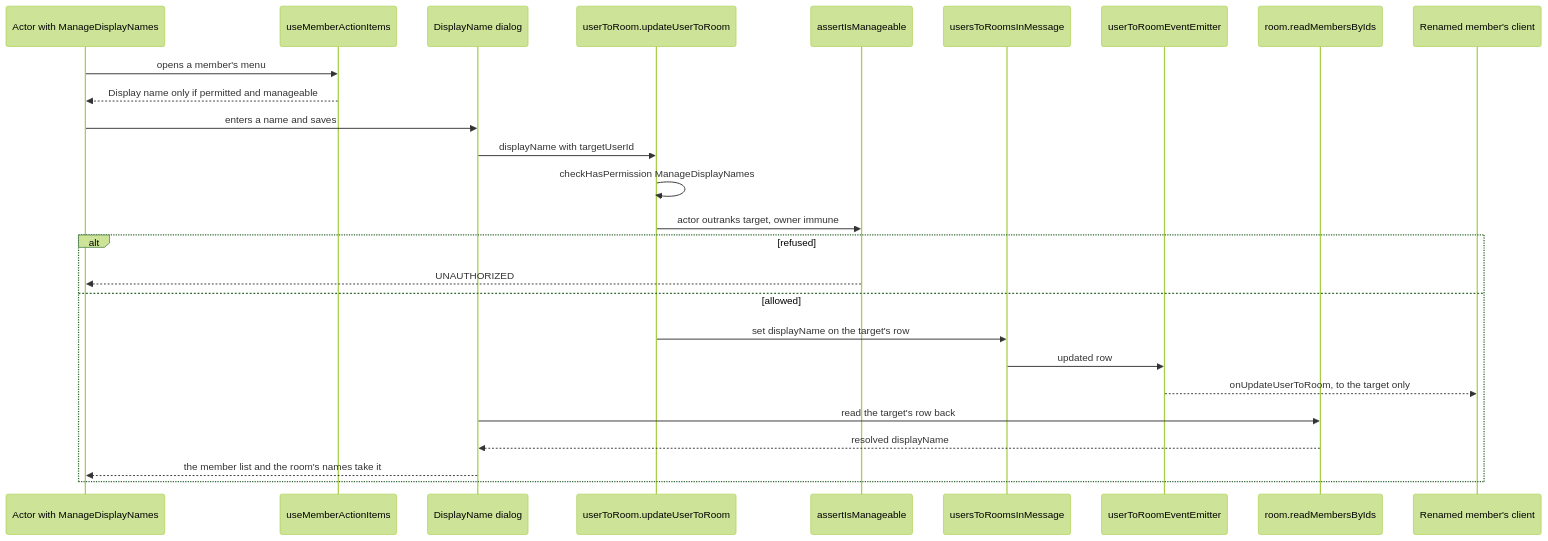
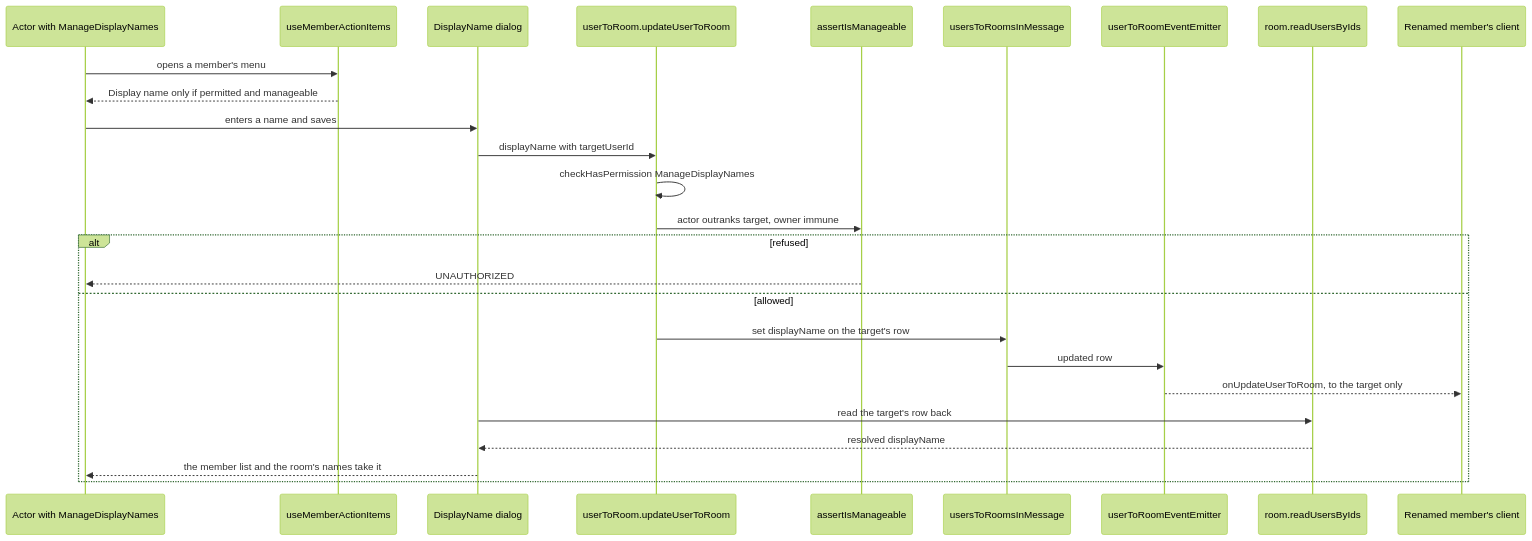
The second of 2 diagrams in openspec/specs/esbabbler/display-names/design.md (Esposter/Esposter), drawn with Mermaid (forest theme) before and after one commit. The commit also changed other lines of this file and 26 other files, not shown here.

First line of the commit message:
fix(web): readUsersByIds names every id asked for, a user who has left the room included

````diff
--- a/openspec/specs/esbabbler/display-names/design.md
+++ b/openspec/specs/esbabbler/display-names/design.md
@@ -71,28 +71,28 @@
 ```mermaid
 sequenceDiagram
   participant A as Actor with ManageDisplayNames
   participant M as useMemberActionItems
   participant D as DisplayName dialog
   participant R as userToRoom.updateUserToRoom
   participant G as assertIsManageable
   participant DB as usersToRoomsInMessage
   participant E as userToRoomEventEmitter
-  participant Q as room.readMembersByIds
+  participant Q as room.readUsersByIds
   participant T as Renamed member's client
   A->>M: opens a member's menu
   M-->>A: Display name only if permitted and manageable
   A->>D: enters a name and saves
   D->>R: displayName with targetUserId
   R->>R: checkHasPermission ManageDisplayNames
   R->>G: actor outranks target, owner immune
   alt refused
     G-->>A: UNAUTHORIZED
   else allowed
     R->>DB: set displayName on the target's row
     DB->>E: updated row
     E-->>T: onUpdateUserToRoom, to the target only
     D->>Q: read the target's row back
     Q-->>D: resolved displayName
     D-->>A: the member list and the room's names take it
   end
 ```
````
